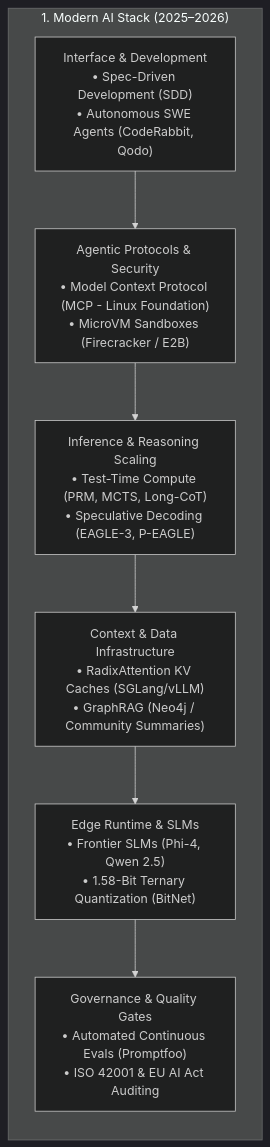
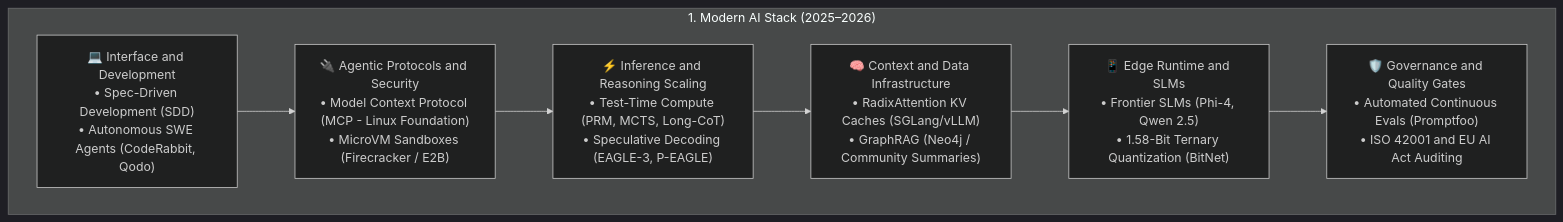
The first of 3 diagrams in ai-technology-roadmap-2025-2026.md (dip4k/senior-engineer-to-ai-engineer-roadmap), drawn with Mermaid (dark theme) before and after one commit. The commit also changed other lines of this file and 94 other files, not shown here.

Commit message:
refactor(curriculum): complete Phase 04 upgrade and enforce diagram renderer invariants

````diff
--- a/ai-technology-roadmap-2025-2026.md
+++ b/ai-technology-roadmap-2025-2026.md
@@ -19,14 +19,13 @@
 ```mermaid
 flowchart TD
     subgraph S1["1. Modern AI Stack (2025–2026)"]
-        direction TB
-        A["Interface & Development<br>• Spec-Driven Development (SDD)<br>• Autonomous SWE Agents (CodeRabbit, Qodo)"]
-        B["Agentic Protocols & Security<br>• Model Context Protocol (MCP - Linux Foundation)<br>• MicroVM Sandboxes (Firecracker / E2B)"]
-        C["Inference & Reasoning Scaling<br>• Test-Time Compute (PRM, MCTS, Long-CoT)<br>• Speculative Decoding (EAGLE-3, P-EAGLE)"]
-        D["Context & Data Infrastructure<br>• RadixAttention KV Caches (SGLang/vLLM)<br>• GraphRAG (Neo4j / Community Summaries)"]
-        E["Edge Runtime & SLMs<br>• Frontier SLMs (Phi-4, Qwen 2.5)<br>• 1.58-Bit Ternary Quantization (BitNet)"]
-        F["Governance & Quality Gates<br>• Automated Continuous Evals (Promptfoo)<br>• ISO 42001 & EU AI Act Auditing"]
+        A["💻 Interface and Development<br>• Spec-Driven Development (SDD)<br>• Autonomous SWE Agents (CodeRabbit, Qodo)"]
+        B["🔌 Agentic Protocols and Security<br>• Model Context Protocol (MCP - Linux Foundation)<br>• MicroVM Sandboxes (Firecracker / E2B)"]
+        C["⚡ Inference and Reasoning Scaling<br>• Test-Time Compute (PRM, MCTS, Long-CoT)<br>• Speculative Decoding (EAGLE-3, P-EAGLE)"]
+        D["🧠 Context and Data Infrastructure<br>• RadixAttention KV Caches (SGLang/vLLM)<br>• GraphRAG (Neo4j / Community Summaries)"]
+        E["📱 Edge Runtime and SLMs<br>• Frontier SLMs (Phi-4, Qwen 2.5)<br>• 1.58-Bit Ternary Quantization (BitNet)"]
+        F["🛡️ Governance and Quality Gates<br>• Automated Continuous Evals (Promptfoo)<br>• ISO 42001 and EU AI Act Auditing"]
         
         A --> B --> C --> D --> E --> F
     end
 ```
````
